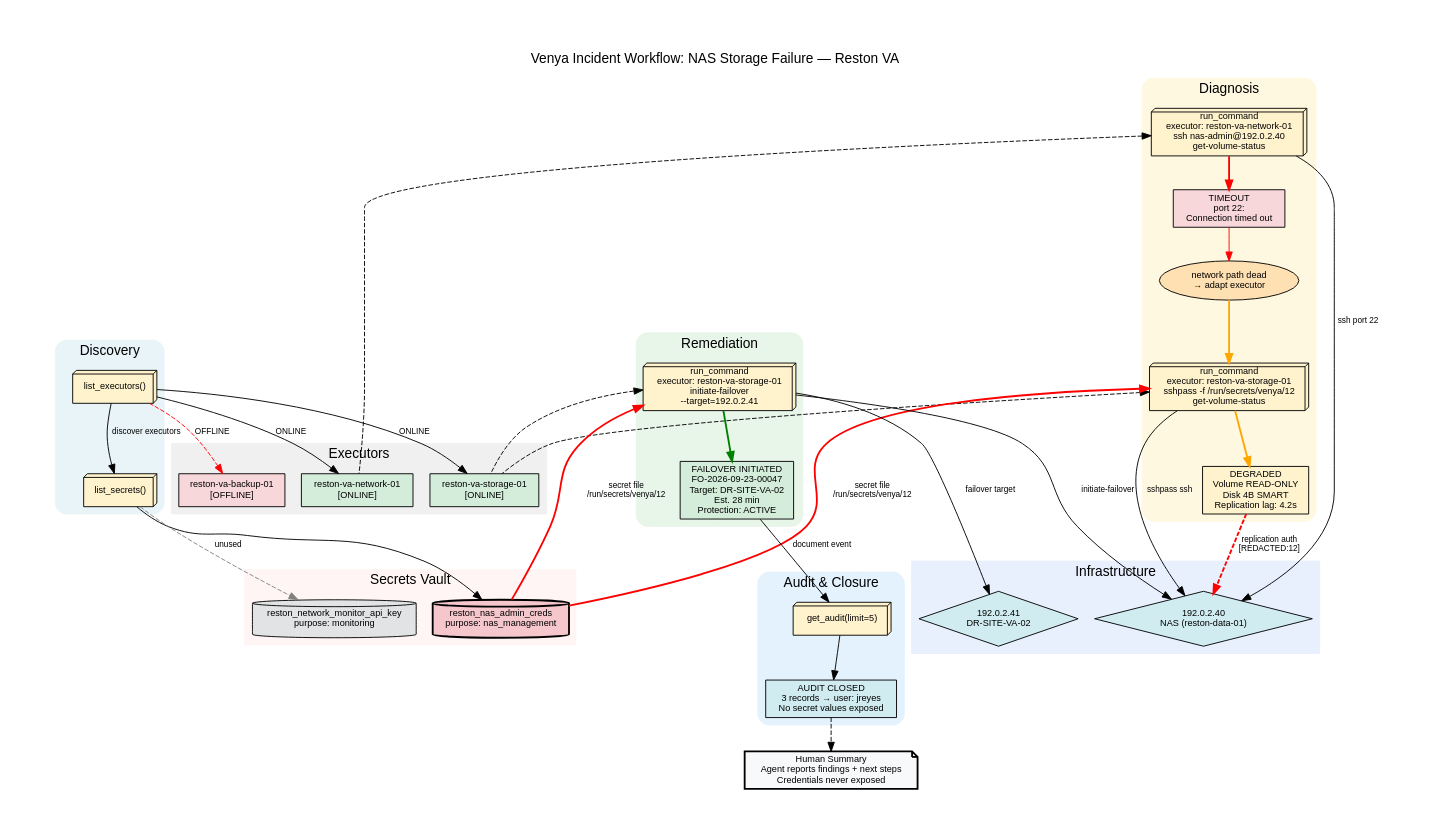
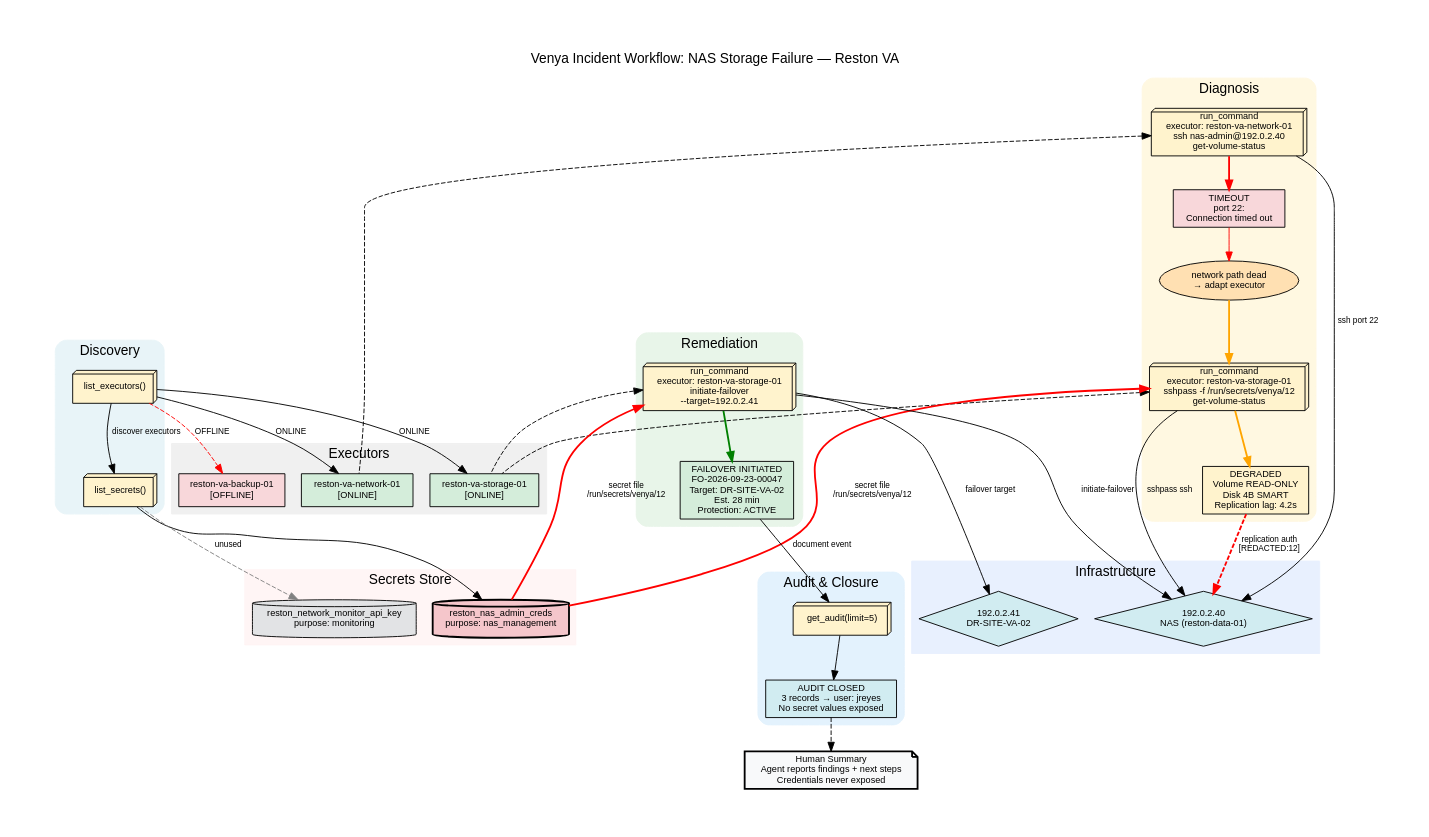
Before and after one commit to tabith-llc/venya: the diagram in docs/workflow.dot, drawn with Graphviz. The commit also changed 10 other files, not shown here.

```diff
--- a/docs/workflow.dot
+++ b/docs/workflow.dot
@@ -1,121 +1,121 @@
 digraph venya_workflow {
     rankdir=TB;
     compound=true;
     fontname="Helvetica";
     node [fontname="Helvetica", fontsize=10];
     edge [fontname="Helvetica", fontsize=9];
     label="Venya Incident Workflow: NAS Storage Failure — Reston VA";
     labelloc="t";
     fontsize=15;
     size="10,13";
     pad=0.5;
 
     /* ---- Discovery ---- */
     subgraph cluster_discovery {
         label="Discovery";
         style="filled,rounded";
         color="#e8f4f8";
 
         step1 [label="list_executors()", shape=box3d, style=filled, fillcolor="#fff3cd"];
         step2 [label="list_secrets()", shape=box3d, style=filled, fillcolor="#fff3cd"];
         step1 -> step2 [label="discover executors", style=solid];
     }
 
     /* ---- Executor nodes ---- */
     subgraph cluster_executors {
         label="Executors";
         style=filled;
         color="#f0f0f0";
 
         ex_storage [label="reston-va-storage-01\n[ONLINE]", shape=box, style=filled, fillcolor="#d4edda"];
         ex_network [label="reston-va-network-01\n[ONLINE]", shape=box, style=filled, fillcolor="#d4edda"];
         ex_backup  [label="reston-va-backup-01\n[OFFLINE]", shape=box, style=filled, fillcolor="#f8d7da"];
     }
 
     /* ---- Secret nodes ---- */
     subgraph cluster_secrets {
-        label="Secrets Vault";
+        label="Secrets Store";
         style=filled;
         color="#fff5f5";
 
         sec_nas [label="reston_nas_admin_creds\npurpose: nas_management", shape=cylinder, style=filled, fillcolor="#f5c6cb", penwidth=2];
         sec_mon [label="reston_network_monitor_api_key\npurpose: monitoring", shape=cylinder, style=filled, fillcolor="#e2e3e5"];
     }
 
     /* ---- Infrastructure ---- */
     subgraph cluster_infra {
         label="Infrastructure";
         style=filled;
         color="#e8f0fe";
 
         nas [label="192.0.2.40\nNAS (reston-data-01)", shape=diamond, style=filled, fillcolor="#d1ecf1"];
         dr  [label="192.0.2.41\nDR-SITE-VA-02", shape=diamond, style=filled, fillcolor="#d1ecf1"];
     }
 
     /* ---- Diagnosis ---- */
     subgraph cluster_diagnosis {
         label="Diagnosis";
         style="filled,rounded";
         color="#fff8e1";
 
         step3 [label="run_command\nexecutor: reston-va-network-01\nssh nas-admin@192.0.2.40\nget-volume-status", shape=box3d, style=filled, fillcolor="#fff3cd"];
         step4 [label="run_command\nexecutor: reston-va-storage-01\nsshpass -f /run/secrets/venya/12\nget-volume-status", shape=box3d, style=filled, fillcolor="#fff3cd"];
         timeout [label="TIMEOUT\nport 22:\nConnection timed out", shape=box, style=filled, fillcolor="#f8d7da"];
         degraded [label="DEGRADED\nVolume READ-ONLY\nDisk 4B SMART\nReplication lag: 4.2s", shape=box, style=filled, fillcolor="#fff3cd"];
         adapt  [label="network path dead\n→ adapt executor", shape=ellipse, style=filled, fillcolor="#ffe0b2"];
     }
 
     /* ---- Remediation ---- */
     subgraph cluster_remediation {
         label="Remediation";
         style="filled,rounded";
         color="#e8f5e9";
 
         step5 [label="run_command\nexecutor: reston-va-storage-01\ninitiate-failover\n--target=192.0.2.41", shape=box3d, style=filled, fillcolor="#fff3cd"];
         failover [label="FAILOVER INITIATED\nFO-2026-09-23-00047\nTarget: DR-SITE-VA-02\nEst. 28 min\nProtection: ACTIVE", shape=box, style=filled, fillcolor="#d4edda"];
     }
 
     /* ---- Audit ---- */
     subgraph cluster_audit {
         label="Audit & Closure";
         style="filled,rounded";
         color="#e3f2fd";
 
         step6 [label="get_audit(limit=5)", shape=box3d, style=filled, fillcolor="#fff3cd"];
         audit [label="AUDIT CLOSED\n3 records → user: jreyes\nNo secret values exposed", shape=box, style=filled, fillcolor="#d1ecf1"];
     }
 
     /* ---- Human summary ---- */
     summary [label="Human Summary\nAgent reports findings + next steps\nCredentials never exposed", shape=note, style=filled, fillcolor="#f8f9fa", penwidth=2];
 
     /* ---- Edges: Discovery ---- */
     step1 -> ex_storage [label="ONLINE"];
     step1 -> ex_network [label="ONLINE"];
     step1 -> ex_backup  [label="OFFLINE", style=dashed, color=red];
     step2 -> sec_nas;
     step2 -> sec_mon [style=dashed, color=gray, label="unused"];
 
     /* ---- Edges: Diagnosis ---- */
     step3 -> ex_network [dir=back, style=dashed];
     step3 -> nas [label="ssh port 22"];
     step3 -> timeout [color=red, penwidth=2];
     timeout -> adapt [color=red];
     adapt -> step4 [color=orange, penwidth=2];
     step4 -> ex_storage [dir=back, style=dashed];
     step4 -> sec_nas [dir=back, label="secret file\n/run/secrets/venya/12", color=red, penwidth=2];
     step4 -> nas [label="sshpass ssh"];
     step4 -> degraded [color=orange, penwidth=2];
     degraded -> nas [label="replication auth\n[REDACTED:12]", style=dashed, color=red, penwidth=2];
 
     /* ---- Edges: Remediation ---- */
     step5 -> ex_storage [dir=back, style=dashed];
     step5 -> sec_nas [dir=back, label="secret file\n/run/secrets/venya/12", color=red, penwidth=2];
     step5 -> nas [label="initiate-failover"];
     step5 -> dr [label="failover target"];
     step5 -> failover [color=green, penwidth=2];
 
     /* ---- Edges: Audit ---- */
     step6 -> audit;
     failover -> step6 [label="document event"];
     audit -> summary [style=dashed];
 }
```
